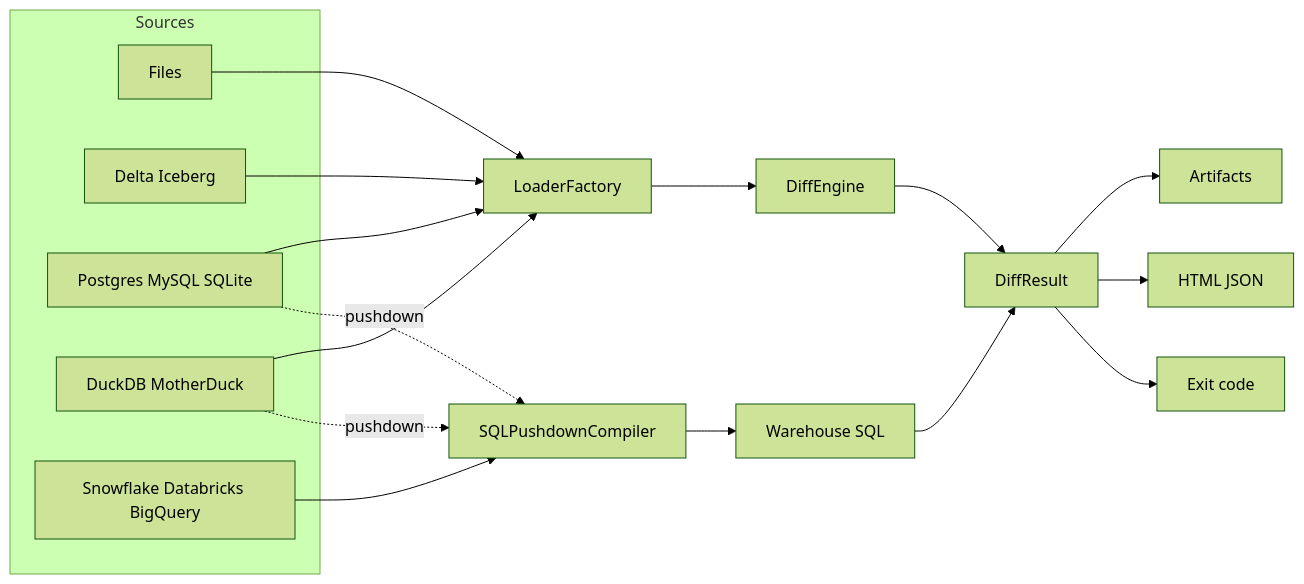
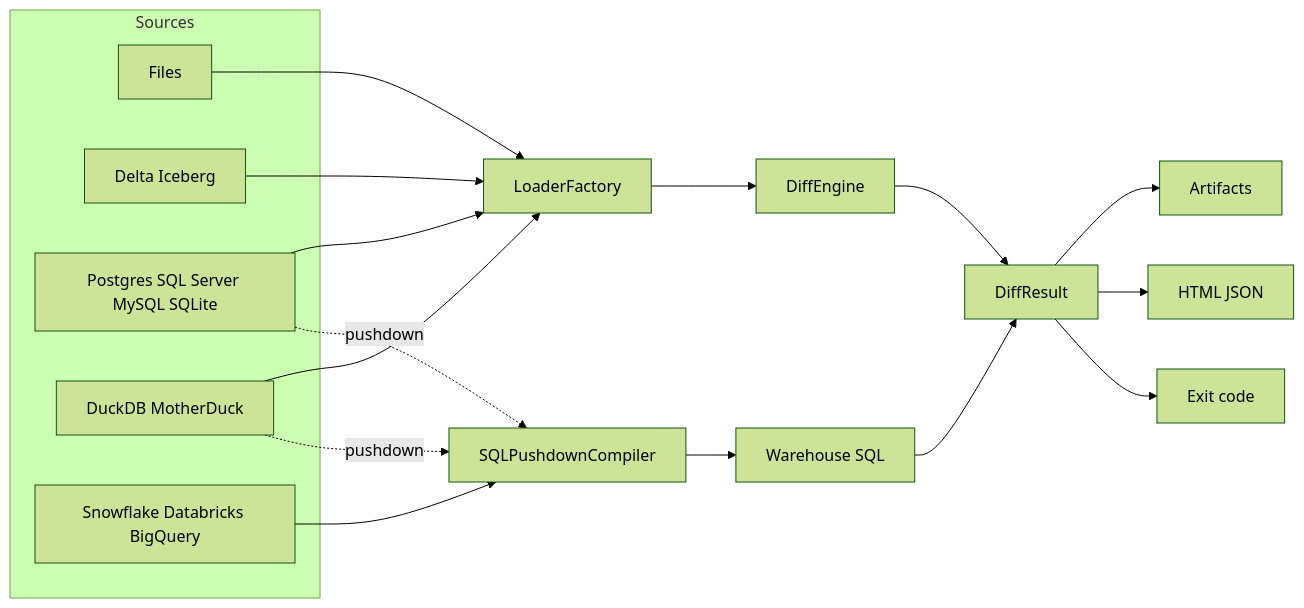
One commit to Veridelta/veridelta changed the diagram in docs/index.md. Above: the diagram before and after it, drawn with Mermaid (forest theme). The commit also changed other lines of this file and 34 other files, not shown here.

First line of the commit message:
feat: compare two SQL Server tables inside SQL Server (#383)

````diff
--- a/docs/index.md
+++ b/docs/index.md
@@ -79,24 +79,24 @@
 ```mermaid
 flowchart LR
   subgraph sources [Sources]
     files[Files]
     lakehouse[Delta Iceberg]
-    databases[Postgres MySQL SQLite]
+    databases[Postgres SQL Server MySQL SQLite]
     duckdb[DuckDB MotherDuck]
     warehouse[Snowflake Databricks BigQuery]
   end
   files --> loader[LoaderFactory]
   lakehouse --> loader
   databases --> loader
   duckdb --> loader
   warehouse --> compiler[SQLPushdownCompiler]
   databases -. pushdown .-> compiler
   duckdb -. pushdown .-> compiler
   loader --> engine["DiffEngine"]
   engine --> result[DiffResult]
   compiler --> warehouseSql[Warehouse SQL]
   warehouseSql --> result
   result --> artifacts[Artifacts]
   result --> reports["HTML JSON"]
   result --> exitCode[Exit code]
 ```
````
